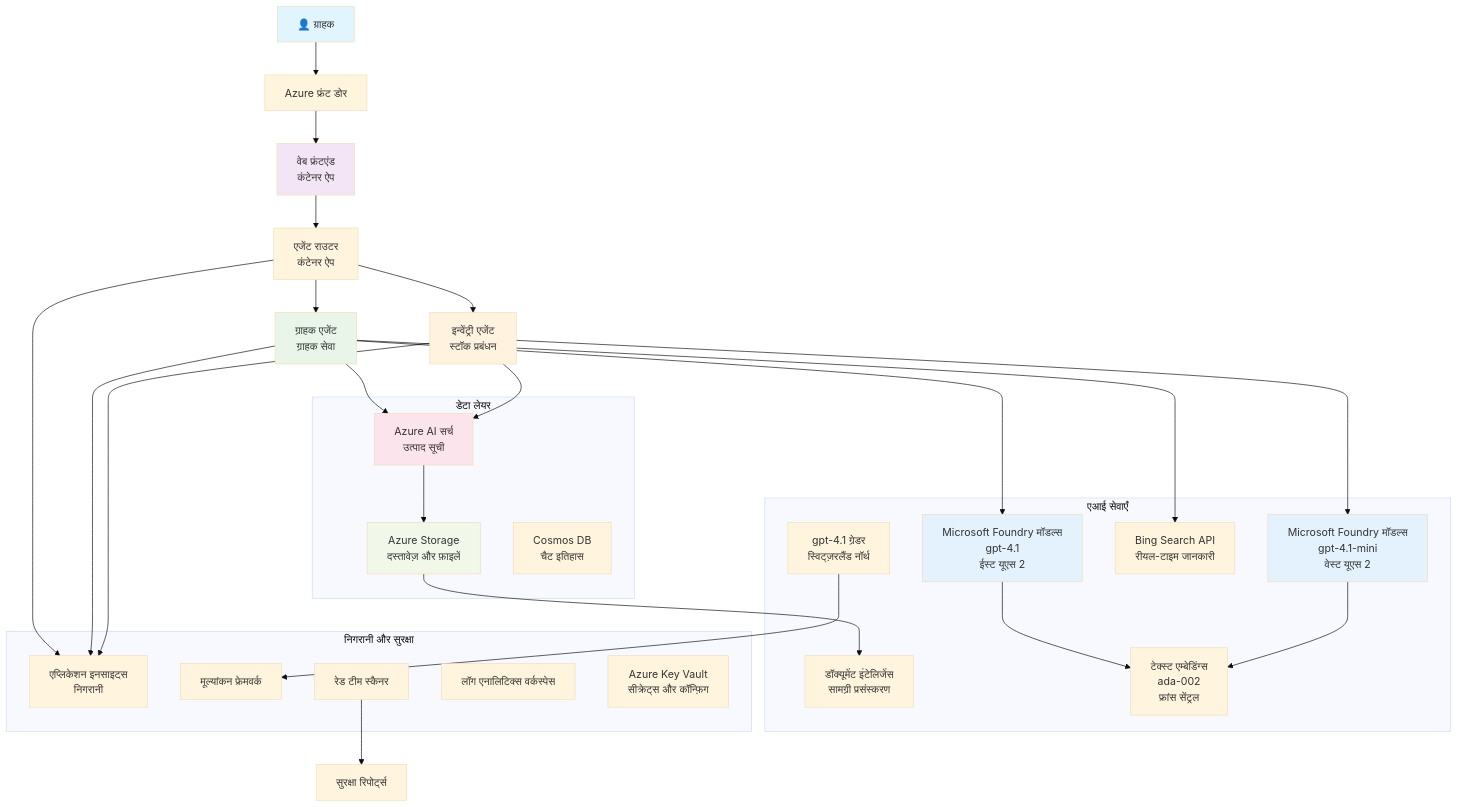
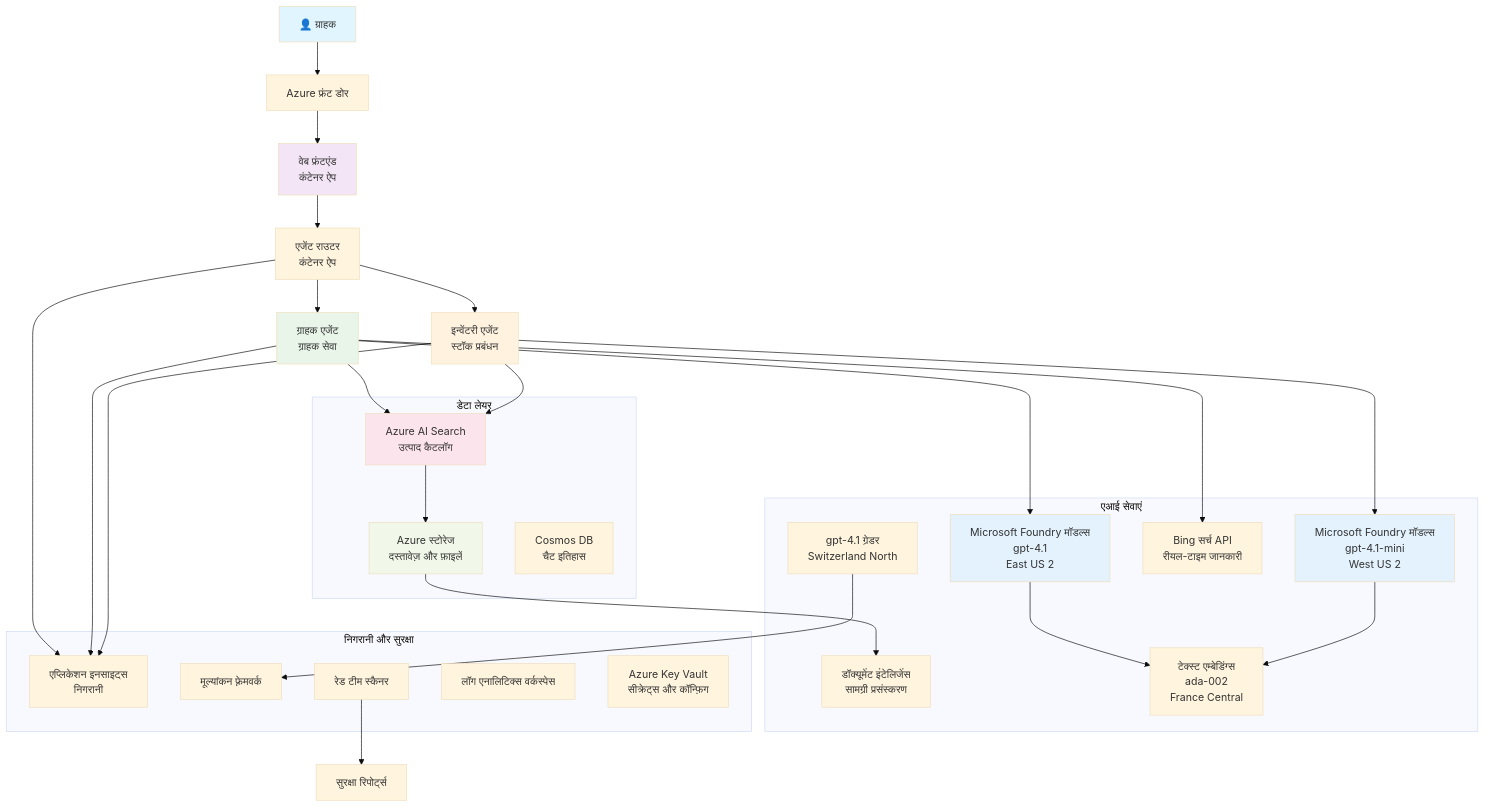
One commit to microsoft/AZD-for-beginners changed the diagram in translations/hi/examples/retail-scenario.md. Above: the diagram before and after it, drawn with Mermaid (base theme). The commit also changed other lines of this file and 104 other files, not shown here.

````diff
--- a/translations/hi/examples/retail-scenario.md
+++ b/translations/hi/examples/retail-scenario.md
@@ -139,61 +139,61 @@
 ```mermaid
 graph TB
     User[👤 ग्राहक] --> LB[Azure फ्रंट डोर]
     LB --> WebApp[वेब फ्रंटएंड<br/>कंटेनर ऐप]
     
     WebApp --> Router[एजेंट राउटर<br/>कंटेनर ऐप]
     Router --> CustomerAgent[ग्राहक एजेंट<br/>ग्राहक सेवा]
-    Router --> InvAgent[इन्वेंट्री एजेंट<br/>स्टॉक प्रबंधन]
+    Router --> InvAgent[इन्वेंटरी एजेंट<br/>स्टॉक प्रबंधन]
     
-    CustomerAgent --> OpenAI1[Microsoft Foundry मॉडल्स<br/>gpt-4.1<br/>ईस्ट यूएस 2]
-    InvAgent --> OpenAI2[Microsoft Foundry मॉडल्स<br/>gpt-4.1-mini<br/>वेस्ट यूएस 2]
+    CustomerAgent --> OpenAI1[Microsoft Foundry मॉडल्स<br/>gpt-4.1<br/>East US 2]
+    InvAgent --> OpenAI2[Microsoft Foundry मॉडल्स<br/>gpt-4.1-mini<br/>West US 2]
     
-    CustomerAgent --> AISearch[Azure AI सर्च<br/>उत्पाद सूची]
-    CustomerAgent --> BingSearch[Bing Search API<br/>रीयल-टाइम जानकारी]
+    CustomerAgent --> AISearch[Azure AI Search<br/>उत्पाद कैटलॉग]
+    CustomerAgent --> BingSearch[Bing सर्च API<br/>रीयल-टाइम जानकारी]
     InvAgent --> AISearch
     
-    AISearch --> Storage[Azure Storage<br/>दस्तावेज़ और फ़ाइलें]
+    AISearch --> Storage[Azure स्टोरेज<br/>दस्तावेज़ और फ़ाइलें]
     Storage --> DocIntel[डॉक्यूमेंट इंटेलिजेंस<br/>सामग्री प्रसंस्करण]
     
-    OpenAI1 --> Embeddings[टेक्स्ट एम्बेडिंग्स<br/>ada-002<br/>फ्रांस सेंट्रल]
+    OpenAI1 --> Embeddings[टेक्स्ट एम्बेडिंग्स<br/>ada-002<br/>France Central]
     OpenAI2 --> Embeddings
     
     Router --> AppInsights[एप्लिकेशन इनसाइट्स<br/>निगरानी]
     CustomerAgent --> AppInsights
     InvAgent --> AppInsights
     
-    GraderModel[gpt-4.1 ग्रेडर<br/>स्विट्ज़रलैंड नॉर्थ] --> Evaluation[मूल्यांकन फ्रेमवर्क]
+    GraderModel[gpt-4.1 ग्रेडर<br/>Switzerland North] --> Evaluation[मूल्यांकन फ़्रेमवर्क]
     RedTeam[रेड टीम स्कैनर] --> SecurityReports[सुरक्षा रिपोर्ट्स]
     
     subgraph "डेटा लेयर"
         Storage
         AISearch
         CosmosDB[Cosmos DB<br/>चैट इतिहास]
     end
     
-    subgraph "एआई सेवाएँ"
+    subgraph "एआई सेवाएं"
         OpenAI1
         OpenAI2
         Embeddings
         GraderModel
         DocIntel
         BingSearch
     end
     
     subgraph "निगरानी और सुरक्षा"
         AppInsights
         LogAnalytics[लॉग एनालिटिक्स वर्कस्पेस]
         KeyVault[Azure Key Vault<br/>सीक्रेट्स और कॉन्फ़िग]
         RedTeam
         Evaluation
     end
     
     style User fill:#e1f5fe
     style WebApp fill:#f3e5f5
     style CustomerAgent fill:#e8f5e8
     style InvAgent fill:#fff3e0
     style OpenAI1 fill:#e3f2fd
     style OpenAI2 fill:#e3f2fd
     style AISearch fill:#fce4ec
     style Storage fill:#f1f8e9
 ```
````
